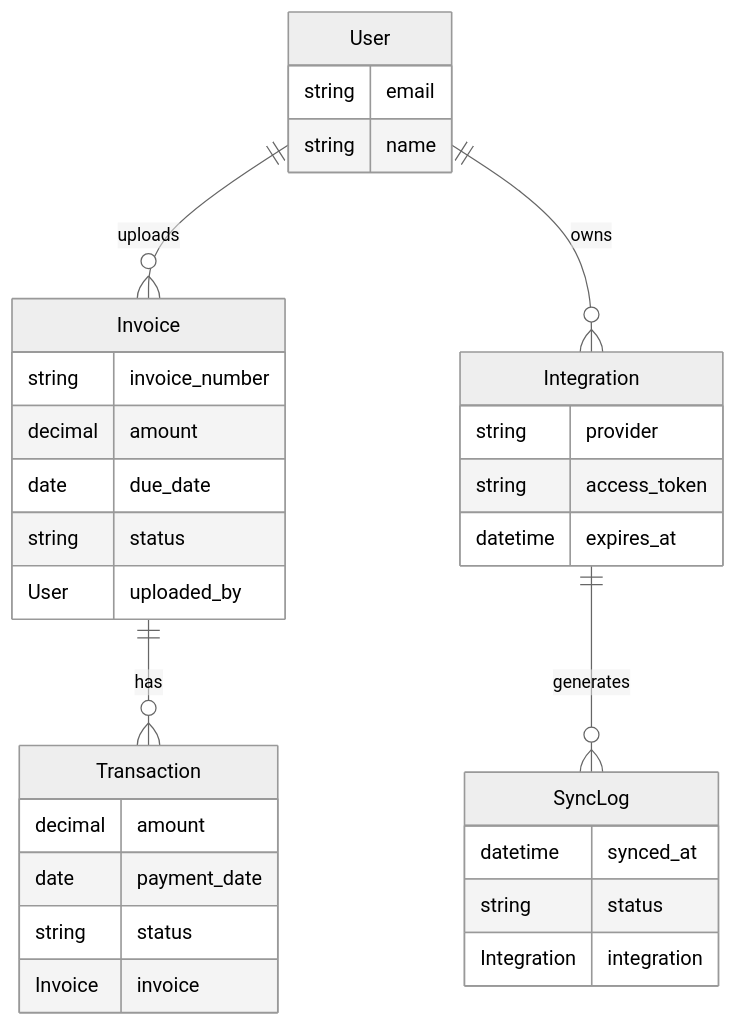
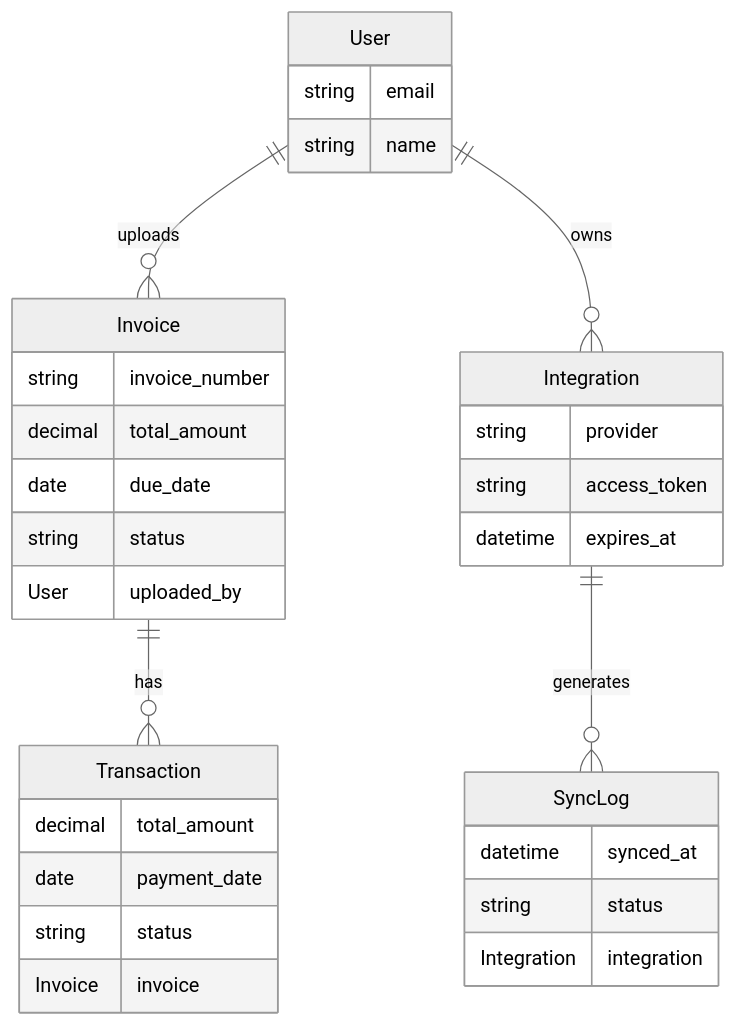
Before and after one commit to Billify-VOF/billify-prototype: the diagram in docs/development/decisions/database_choice.md, drawn with Mermaid (neutral theme). The commit also changed other lines of this file and 17 other files, not shown here.

````diff
--- a/docs/development/decisions/database_choice.md
+++ b/docs/development/decisions/database_choice.md
@@ -46,34 +46,34 @@
 ```mermaid
 erDiagram
     User ||--o{ Invoice : uploads
     User ||--o{ Integration : owns
     Invoice ||--o{ Transaction : has
     Integration ||--o{ SyncLog : generates
     Integration {
         string provider
         string access_token
         datetime expires_at
     }
     Invoice {
         string invoice_number
-        decimal amount
+        decimal total_amount
         date due_date
         string status
         User uploaded_by
     }
     Transaction {
-        decimal amount
+        decimal total_amount
         date payment_date
         string status
         Invoice invoice
     }
     User {
         string email
         string name
     }
     SyncLog {
         datetime synced_at
         string status
         Integration integration
     }
 ```
````
